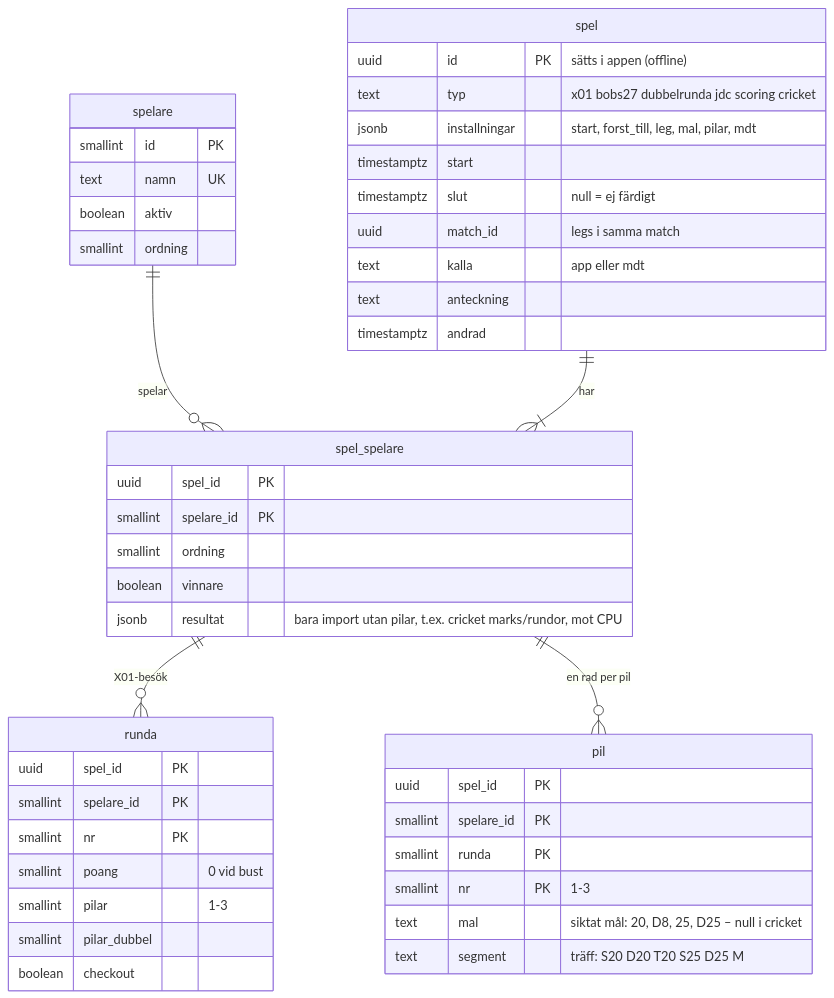
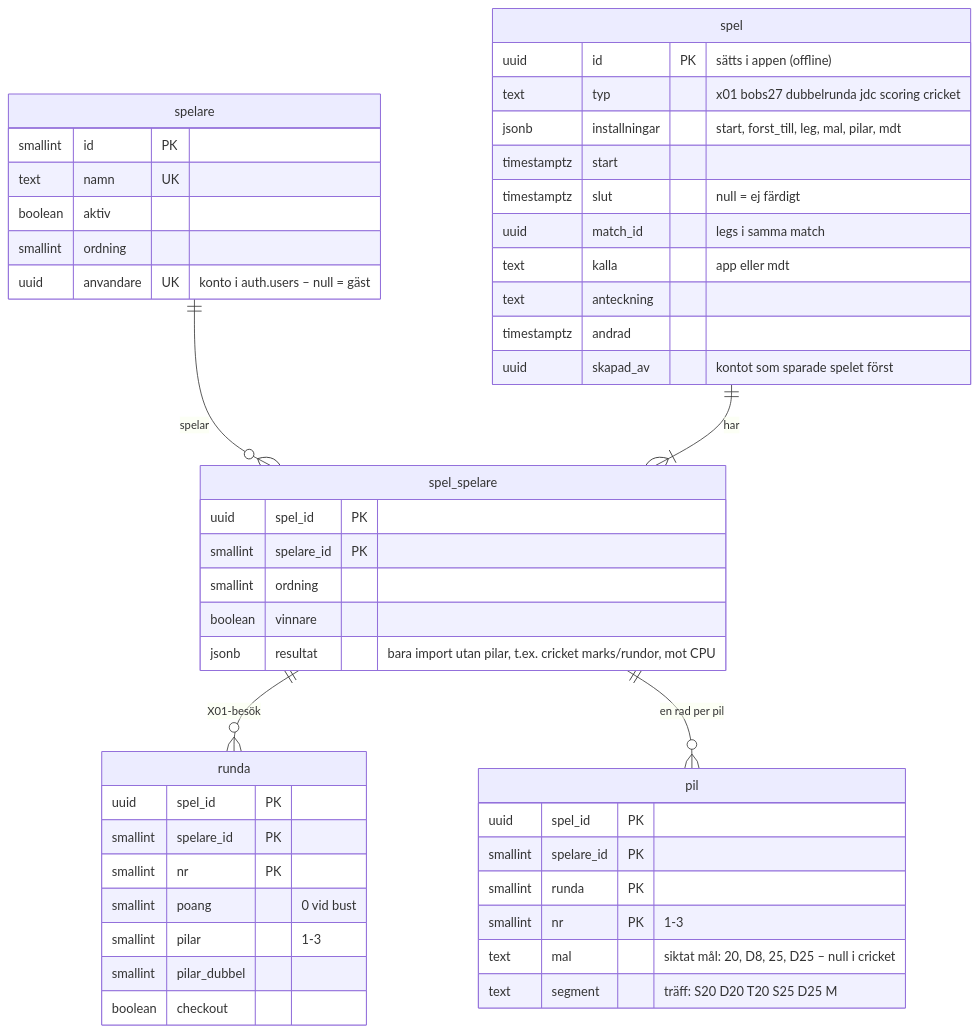
One commit to Lunkster/darttranare changed the diagram in docs/datamodell.md. Above: the diagram before and after it, drawn with Mermaid. The commit also changed other lines of this file and 18 other files, not shown here.

````diff
--- a/docs/datamodell.md
+++ b/docs/datamodell.md
@@ -5,38 +5,40 @@
 ```mermaid
 erDiagram
   spelare ||--o{ spel_spelare : spelar
   spel ||--|{ spel_spelare : har
   spel_spelare ||--o{ runda : "X01-besök"
   spel_spelare ||--o{ pil : "en rad per pil"
   spelare { smallint id PK
     text namn UK
     boolean aktiv
-    smallint ordning }
+    smallint ordning
+    uuid anvandare UK "konto i auth.users – null = gäst" }
   spel { uuid id PK "sätts i appen (offline)"
     text typ "x01 bobs27 dubbelrunda jdc scoring cricket"
     jsonb installningar "start, forst_till, leg, mal, pilar, mdt"
     timestamptz start
     timestamptz slut "null = ej färdigt"
     uuid match_id "legs i samma match"
     text kalla "app eller mdt"
     text anteckning
-    timestamptz andrad }
+    timestamptz andrad
+    uuid skapad_av "kontot som sparade spelet först" }
   spel_spelare { uuid spel_id PK
     smallint spelare_id PK
     smallint ordning
     boolean vinnare
     jsonb resultat "bara import utan pilar, t.ex. cricket marks/rundor, mot CPU" }
   runda { uuid spel_id PK
     smallint spelare_id PK
     smallint nr PK
     smallint poang "0 vid bust"
     smallint pilar "1-3"
     smallint pilar_dubbel
     boolean checkout }
   pil { uuid spel_id PK
     smallint spelare_id PK
     smallint runda PK
     smallint nr PK "1-3"
     text mal "siktat mål: 20, D8, 25, D25 – null i cricket"
     text segment "träff: S20 D20 T20 S25 D25 M" }
 ```
````
